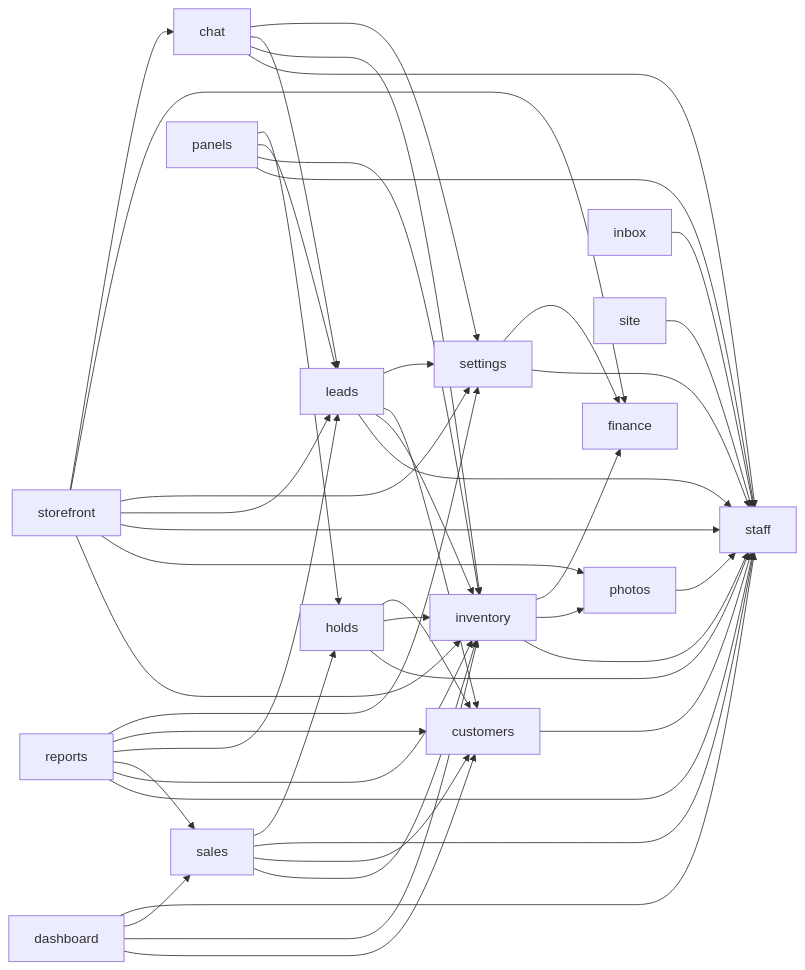
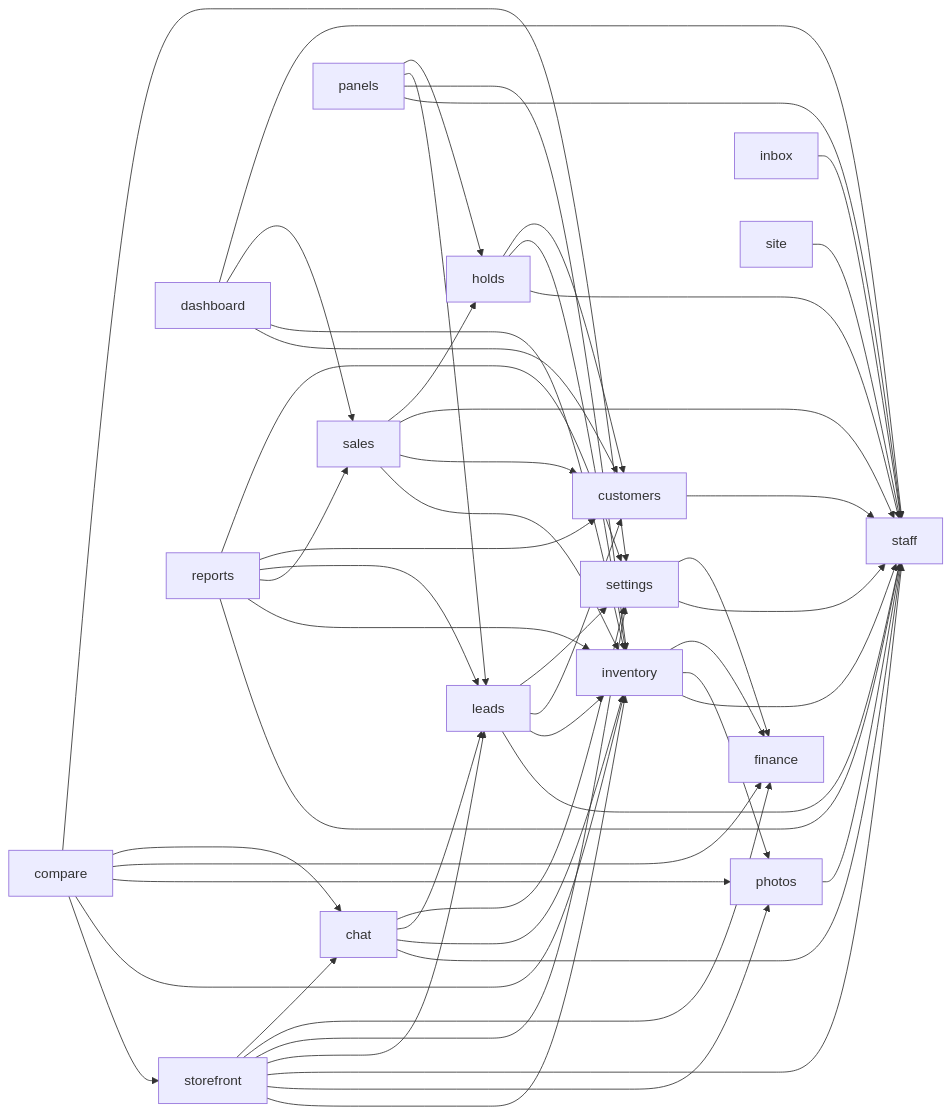
The diagram in docs/wiki/README.md (Ignibyte/aic-demo), drawn with Mermaid before and after one commit. The commit also changed other lines of this file and 88 other files, not shown here.

First line of the commit message:
feat(compare): compare vehicles on the storefront (#33) (#47)

````diff
--- a/docs/wiki/README.md
+++ b/docs/wiki/README.md
@@ -83,50 +84,56 @@
 ```mermaid
 graph LR
     staff
     photos --> staff
     finance
     inventory --> staff
     inventory --> photos
     inventory --> finance
     customers --> staff
     settings --> staff
     settings --> finance
     leads --> staff
     leads --> inventory
     leads --> customers
     leads --> settings
     chat --> staff
     chat --> inventory
     chat --> leads
     chat --> settings
+    storefront --> inventory
+    storefront --> photos
+    storefront --> staff
+    storefront --> leads
+    storefront --> settings
+    storefront --> finance
+    storefront --> chat
+    compare --> storefront
+    compare --> inventory
+    compare --> photos
+    compare --> finance
+    compare --> chat
+    compare --> settings
     holds --> staff
     holds --> inventory
     holds --> customers
     sales --> inventory
     sales --> customers
     sales --> staff
     sales --> holds
     dashboard --> customers
     dashboard --> inventory
     dashboard --> sales
     dashboard --> staff
     inbox --> staff
     panels --> staff
     panels --> inventory
     panels --> leads
     panels --> holds
     reports --> staff
     reports --> inventory
     reports --> sales
     reports --> leads
     reports --> customers
     reports --> settings
     site --> staff
-    storefront --> inventory
-    storefront --> photos
-    storefront --> staff
-    storefront --> leads
-    storefront --> settings
-    storefront --> finance
-    storefront --> chat
 ```
````
